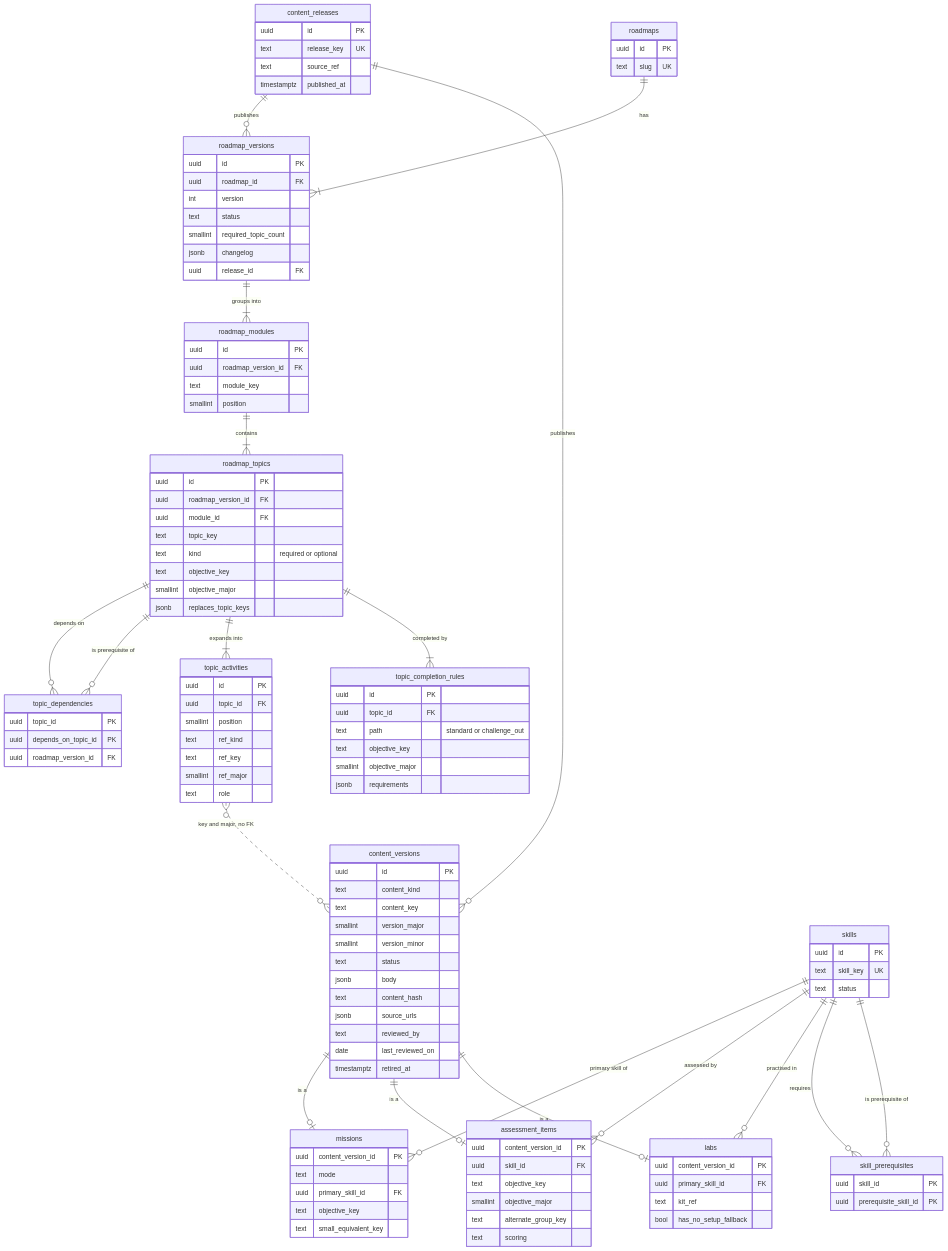
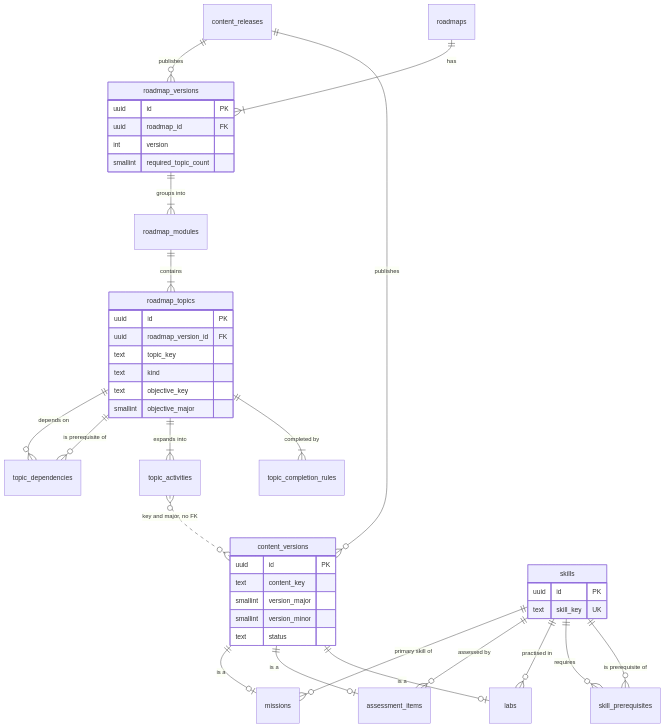
The third of 7 diagrams in devstep/docs/04-data-model.md (GhanshyamSoni68/app_idea), drawn with Mermaid before and after one commit. The commit also changed other lines of this file, not shown here.

````diff
--- a/devstep/docs/04-data-model.md
+++ b/devstep/docs/04-data-model.md
@@ -187,105 +157,29 @@
     skills ||--o{ labs : "practised in"
     skills ||--o{ skill_prerequisites : "requires"
     skills ||--o{ skill_prerequisites : "is prerequisite of"
-    content_releases {
-        uuid id PK
-        text release_key UK
-        text source_ref
-        timestamptz published_at
-    }
-    roadmaps {
-        uuid id PK
-        text slug UK
-    }
     roadmap_versions {
         uuid id PK
         uuid roadmap_id FK
         int version
-        text status
         smallint required_topic_count
-        jsonb changelog
-        uuid release_id FK
-    }
-    roadmap_modules {
-        uuid id PK
-        uuid roadmap_version_id FK
-        text module_key
-        smallint position
     }
     roadmap_topics {
         uuid id PK
         uuid roadmap_version_id FK
-        uuid module_id FK
         text topic_key
-        text kind "required or optional"
+        text kind
         text objective_key
         smallint objective_major
-        jsonb replaces_topic_keys
-    }
-    topic_dependencies {
-        uuid topic_id PK
-        uuid depends_on_topic_id PK
-        uuid roadmap_version_id FK
-    }
-    topic_activities {
-        uuid id PK
-        uuid topic_id FK
-        smallint position
-        text ref_kind
-        text ref_key
-        smallint ref_major
-        text role
-    }
-    topic_completion_rules {
-        uuid id PK
-        uuid topic_id FK
-        text path "standard or challenge_out"
-        text objective_key
-        smallint objective_major
-        jsonb requirements
     }
     content_versions {
         uuid id PK
-        text content_kind
         text content_key
         smallint version_major
         smallint version_minor
         text status
-        jsonb body
-        text content_hash
-        jsonb source_urls
-        text reviewed_by
-        date last_reviewed_on
-        timestamptz retired_at
-    }
-    missions {
-        uuid content_version_id PK
-        text mode
-        uuid primary_skill_id FK
-        text objective_key
-        text small_equivalent_key
-    }
-    assessment_items {
-        uuid content_version_id PK
-        uuid skill_id FK
-        text objective_key
-        smallint objective_major
-        text alternate_group_key
-        text scoring
-    }
-    labs {
-        uuid content_version_id PK
-        uuid primary_skill_id FK
-        text kit_ref
-        bool has_no_setup_fallback
     }
     skills {
         uuid id PK
         text skill_key UK
-        text status
-    }
-    skill_prerequisites {
-        uuid skill_id PK
-        uuid prerequisite_skill_id PK
     }
 ```
````
